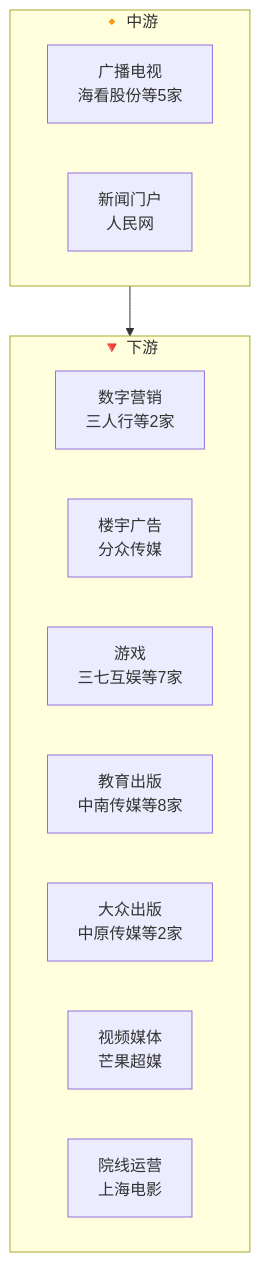
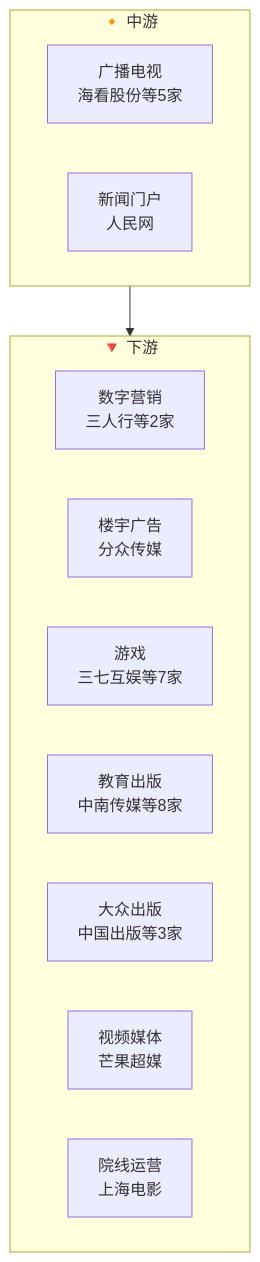
Before and after one commit to zhangbo1882/open-industry: the diagram in industry/wiki/industries/传媒产业链.md, drawn with Mermaid. The commit also changed other lines of this file and 8 other files, not shown here.

````diff
--- a/industry/wiki/industries/传媒产业链.md
+++ b/industry/wiki/industries/传媒产业链.md
@@ -17,17 +17,17 @@
 ```mermaid
 flowchart TB
     subgraph midstream["🔸 中游"]
         广播电视["广播电视<br/>海看股份等5家"]
         新闻门户["新闻门户<br/>人民网"]
     end
     subgraph downstream["🔻 下游"]
         数字营销["数字营销<br/>三人行等2家"]
         楼宇广告["楼宇广告<br/>分众传媒"]
         游戏["游戏<br/>三七互娱等7家"]
         教育出版["教育出版<br/>中南传媒等8家"]
-        大众出版["大众出版<br/>中原传媒等2家"]
+        大众出版["大众出版<br/>中国出版等3家"]
         视频媒体["视频媒体<br/>芒果超媒"]
         院线运营["院线运营<br/>上海电影"]
     end
     midstream --> downstream
 ```
````
